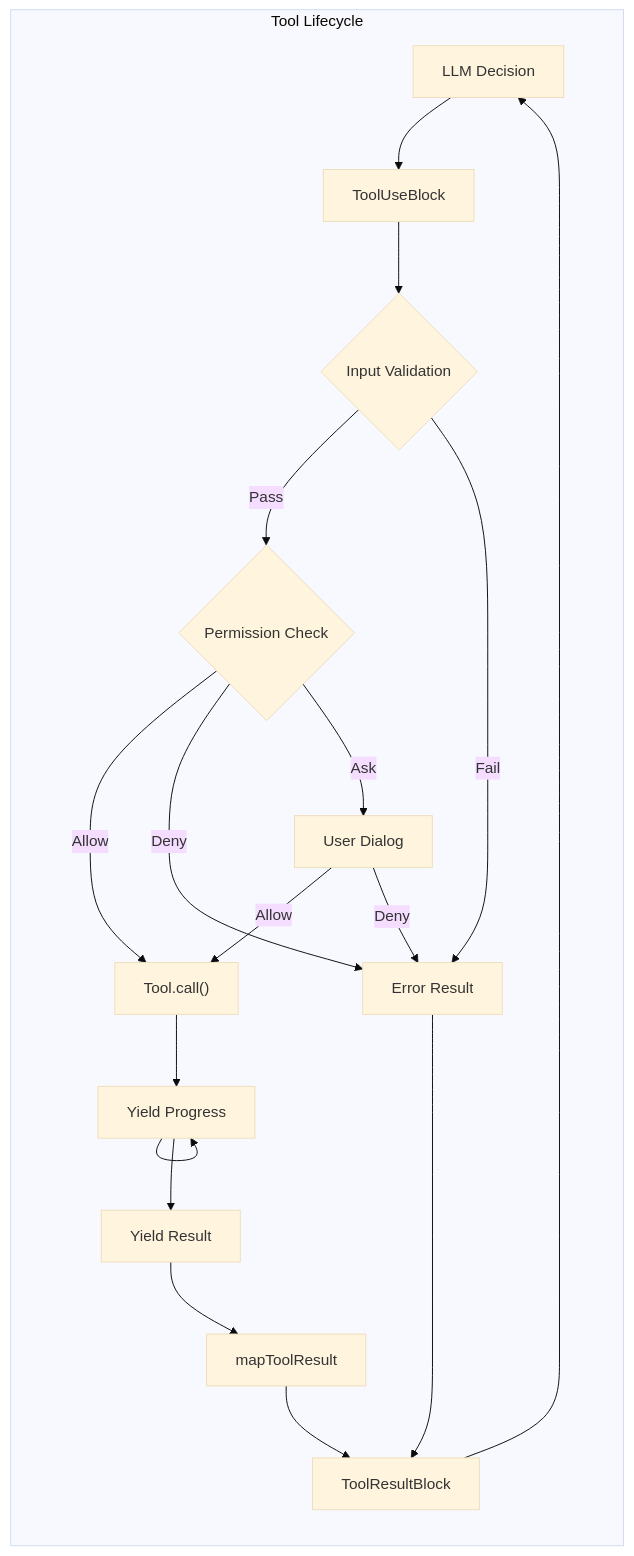
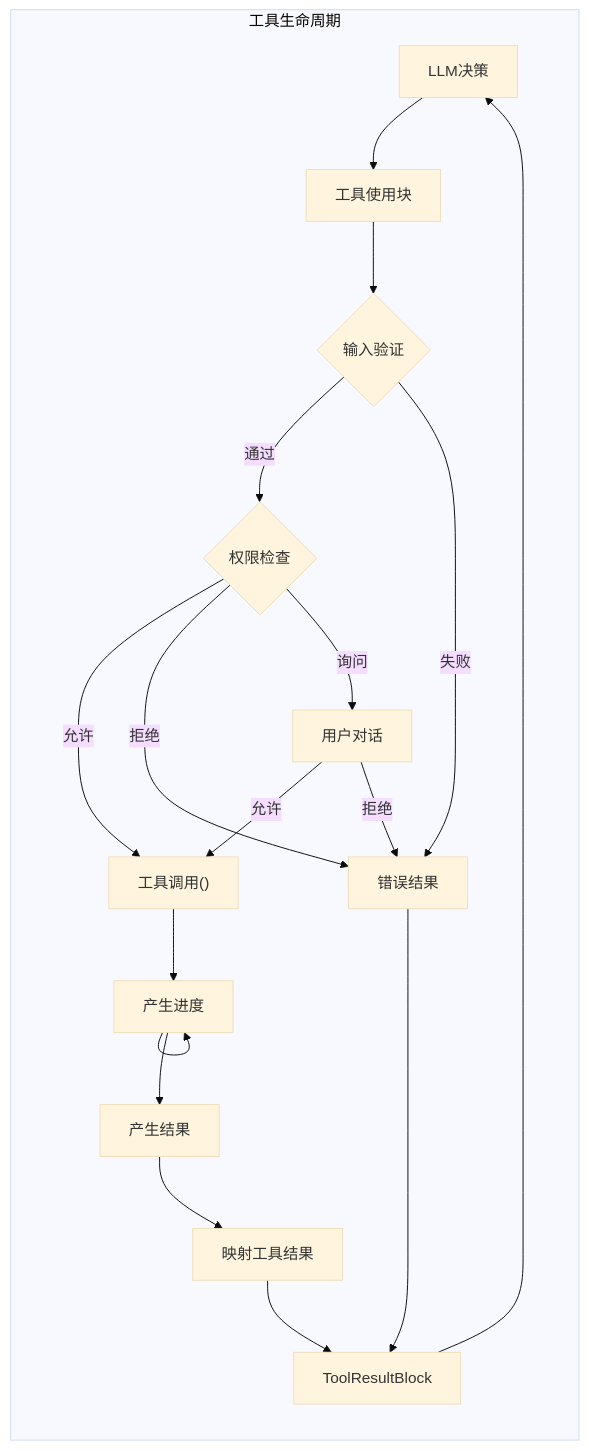
The diagram in source/_posts/claude-code工具与执行引擎.md (hanshuang-ai/BLOG), drawn with Mermaid (base theme) before and after one commit. The commit also changed other lines of this file and 10 other files, not shown here.

````diff
--- a/source/_posts/claude-code工具与执行引擎.md
+++ b/source/_posts/claude-code工具与执行引擎.md
@@ -9,27 +10,27 @@
 ```mermaid
 graph LR
-    subgraph "Tool Lifecycle"
-        LLM[LLM Decision] --> ToolUse[ToolUseBlock]
-        ToolUse --> Validation{Input Validation}
-        Validation -->|Pass| Permission{Permission Check}
-        Validation -->|Fail| ErrorResult[Error Result]
+    subgraph "工具生命周期"
+        LLM[LLM决策] --> ToolUse[工具使用块]
+        ToolUse --> Validation{输入验证}
+        Validation -->|通过| Permission{权限检查}
+        Validation -->|失败| ErrorResult[错误结果]
 
-        Permission -->|Allow| Execute["Tool.call()"]
-        Permission -->|Deny| ErrorResult
-        Permission -->|Ask| UserPrompt[User Dialog]
+        Permission -->|允许| Execute["工具调用()"]
+        Permission -->|拒绝| ErrorResult
+        Permission -->|询问| UserPrompt[用户对话]
 
-        UserPrompt -->|Allow| Execute
-        UserPrompt -->|Deny| ErrorResult
+        UserPrompt -->|允许| Execute
+        UserPrompt -->|拒绝| ErrorResult
 
-        Execute --> Progress[Yield Progress]
+        Execute --> Progress[产生进度]
         Progress --> Progress
-        Progress --> Result[Yield Result]
+        Progress --> Result[产生结果]
 
-        Result --> Transform[mapToolResult]
+        Result --> Transform[映射工具结果]
         Transform --> ToolResultBlock
         ErrorResult --> ToolResultBlock
 
         ToolResultBlock --> LLM
     end
 
 ```
````
